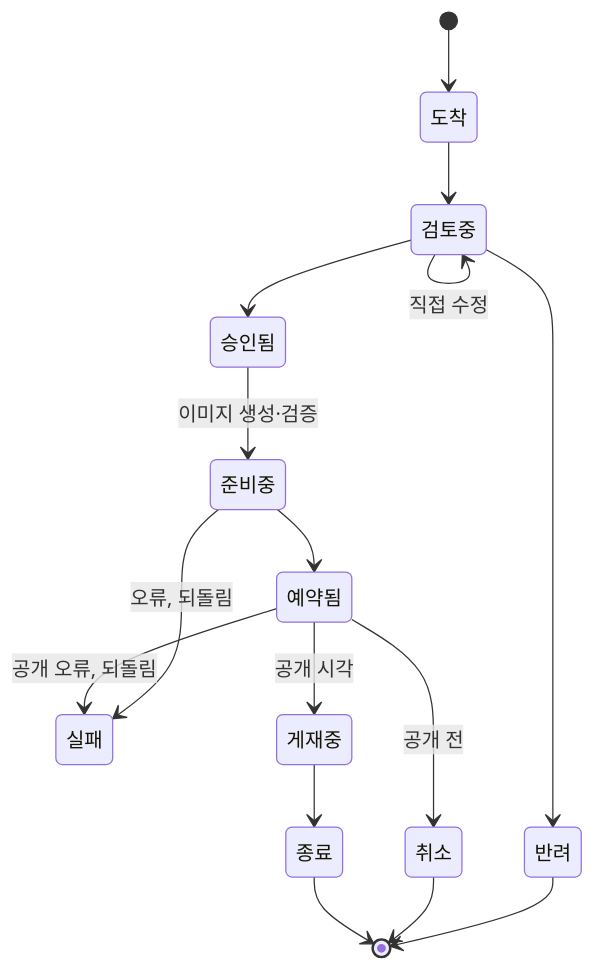
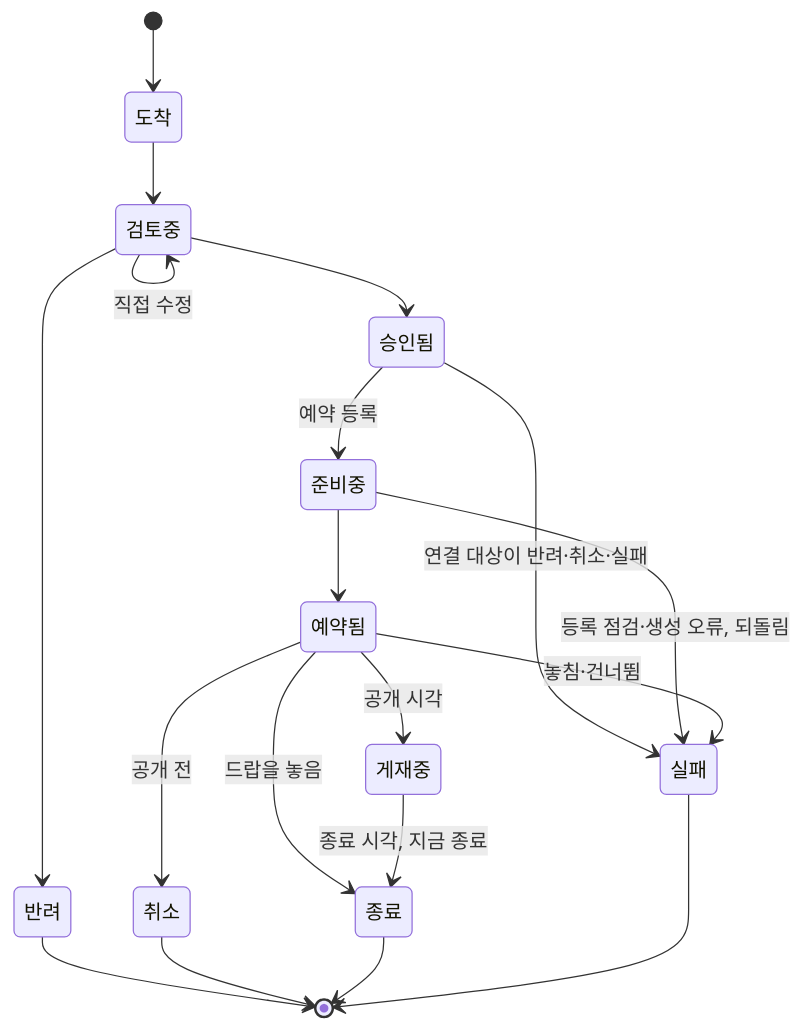
One commit to standardmanual/jam changed the diagram in docs/specs/prd/ops-tool/PRD.md. Above: the diagram before and after it, drawn with Mermaid. The commit also changed other lines of this file and 10 other files, not shown here.

````diff
--- a/docs/specs/prd/ops-tool/PRD.md
+++ b/docs/specs/prd/ops-tool/PRD.md
@@ -454,18 +454,21 @@
 ```mermaid
 stateDiagram-v2
   [*] --> 도착
   도착 --> 검토중
   검토중 --> 검토중: 직접 수정
   검토중 --> 반려
   검토중 --> 승인됨
-  승인됨 --> 준비중: 이미지 생성·검증
+  승인됨 --> 준비중: 예약 등록
+  승인됨 --> 실패: 연결 대상이 반려·취소·실패
   준비중 --> 예약됨
-  준비중 --> 실패: 오류, 되돌림
+  준비중 --> 실패: 등록 점검·생성 오류, 되돌림
   예약됨 --> 취소: 공개 전
   예약됨 --> 게재중: 공개 시각
-  예약됨 --> 실패: 공개 오류, 되돌림
-  게재중 --> 종료
+  예약됨 --> 종료: 드랍을 놓음
+  예약됨 --> 실패: 놓침·건너뜀
+  게재중 --> 종료: 종료 시각, 지금 종료
   반려 --> [*]
   취소 --> [*]
   종료 --> [*]
+  실패 --> [*]
 ```
````
